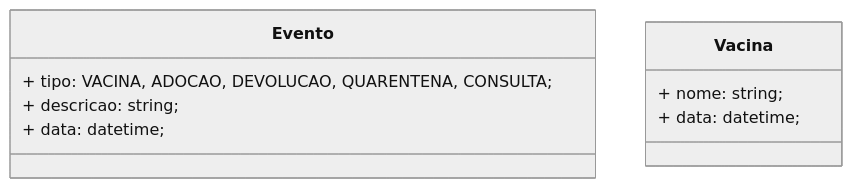
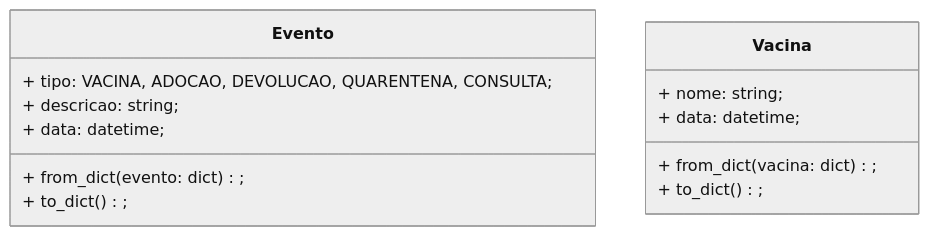
One commit to Alisson014/projeto-1-poo-sistema-adocao-animais changed the eighth of 8 diagrams in docs/uml.md. Above: the diagram before and after it, drawn with Mermaid (neutral theme). The commit also changed other lines of this file, not shown here.

Commit message:
docs: update uml.md to reflect step 3 alterations

````diff
--- a/docs/uml.md
+++ b/docs/uml.md
@@ -311,13 +358,17 @@
 ```mermaid
 classDiagram
     class Evento {
         + tipo: VACINA, ADOCAO, DEVOLUCAO, QUARENTENA, CONSULTA;
         + descricao: string;
         + data: datetime;
+        + from_dict(evento: dict);
+        + to_dict();
     }
 
     class Vacina {
         + nome: string;
         + data: datetime;
+        + from_dict(vacina: dict);
+        + to_dict();
     }
 ```
````
